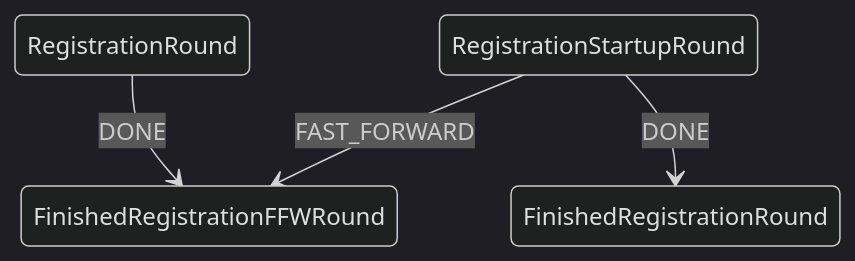
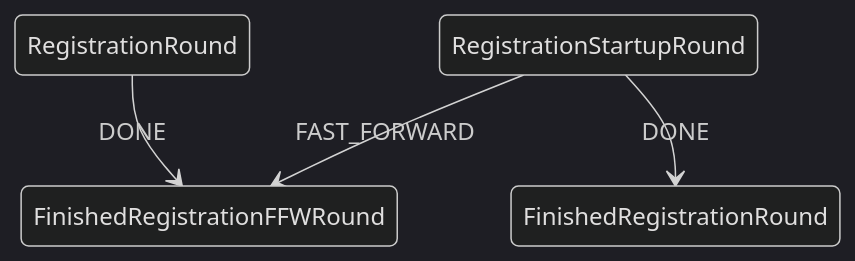
Before and after one commit to valory-xyz/open-autonomy: the first of 7 diagrams in docs/fsm_diagram.md, drawn with Mermaid (dark theme). The commit also changed other lines of this file, not shown here.

Commit message:
doc: update diagrams

````diff
--- a/docs/fsm_diagram.md
+++ b/docs/fsm_diagram.md
@@ -61,6 +61,6 @@
 ```mermaid
 stateDiagram-v2
-    RegistrationRound --> FinishedRegistrationFFWRound: DONE
-    RegistrationStartupRound --> FinishedRegistrationRound: DONE
-    RegistrationStartupRound --> FinishedRegistrationFFWRound: FAST_FORWARD
+    RegistrationRound --> FinishedRegistrationFFWRound: <center>DONE</center>
+    RegistrationStartupRound --> FinishedRegistrationRound: <center>DONE</center>
+    RegistrationStartupRound --> FinishedRegistrationFFWRound: <center>FAST_FORWARD</center>
 ```
````
